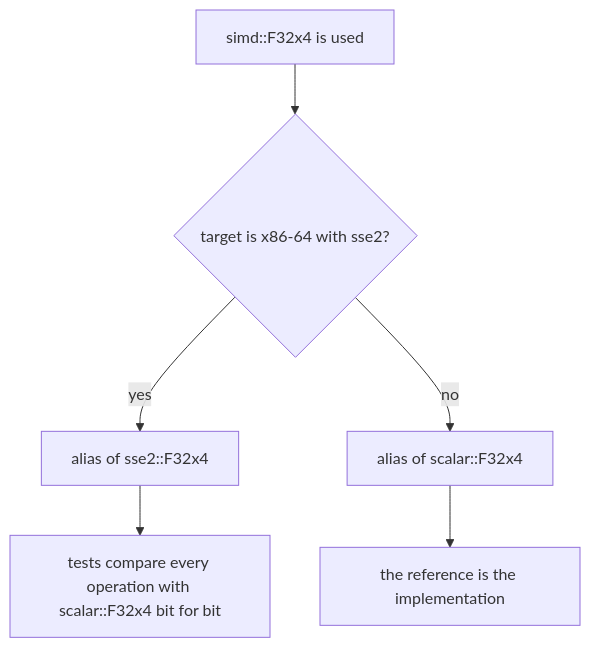
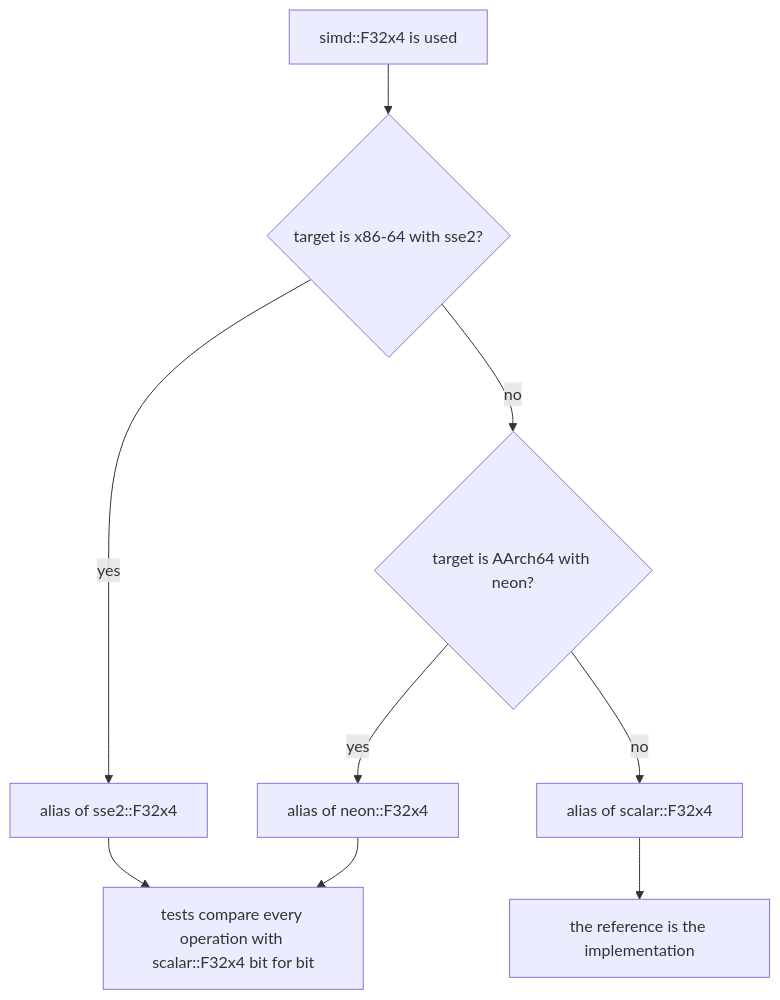
Before and after one commit to giamat90/DuckEngine: the third of 10 diagrams in wiki/architecture/core-runtime.md, drawn with Mermaid. The commit also changed other lines of this file and 6 other files, not shown here.

````diff
--- a/wiki/architecture/core-runtime.md
+++ b/wiki/architecture/core-runtime.md
@@ -431,8 +437,11 @@
 ```mermaid
 flowchart TD
   A[simd::F32x4 is used] --> B{target is x86-64 with sse2?}
   B -- yes --> C[alias of sse2::F32x4]
-  B -- no --> D[alias of scalar::F32x4]
+  B -- no --> G{target is AArch64 with neon?}
+  G -- yes --> H[alias of neon::F32x4]
+  G -- no --> D[alias of scalar::F32x4]
   C --> E[tests compare every operation with scalar::F32x4 bit for bit]
+  H --> E
   D --> F[the reference is the implementation]
 ```
````
